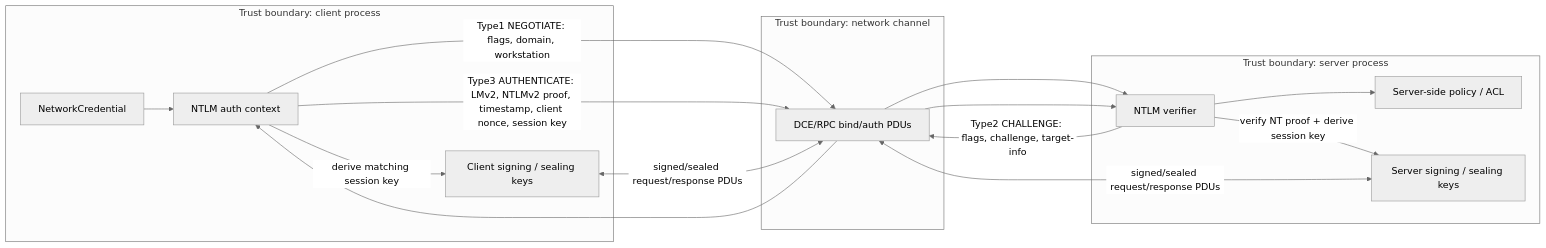
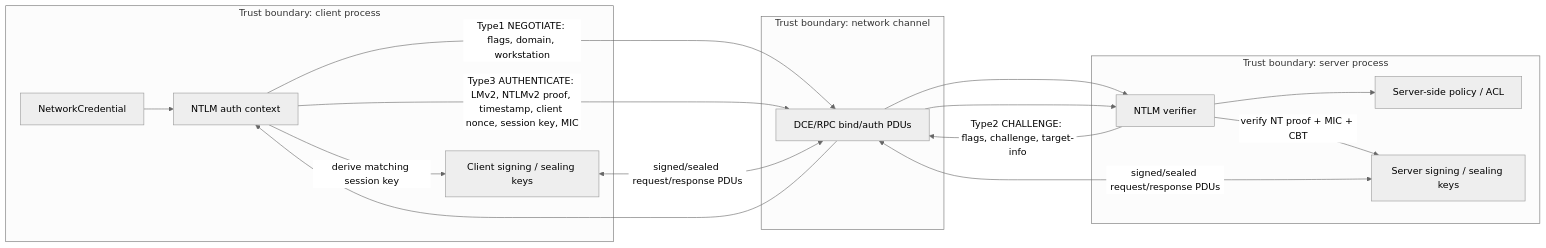
The third of 4 diagrams in docs/security/THREAT_MODEL.md (marcschier/opc-classic), drawn with Mermaid (neutral theme) before and after one commit. The commit also changed other lines of this file and 9 other files, not shown here.

````diff
--- a/docs/security/THREAT_MODEL.md
+++ b/docs/security/THREAT_MODEL.md
@@ -115,28 +116,28 @@
 ```mermaid
 flowchart LR
     subgraph ClientBoundary[Trust boundary: client process]
         CAuth[NTLM auth context]
         CCred[NetworkCredential]
         CSession[Client signing / sealing keys]
     end
 
     subgraph NetworkBoundary[Trust boundary: network channel]
         PDU[DCE/RPC bind/auth PDUs]
     end
 
     subgraph ServerBoundary[Trust boundary: server process]
         SAuth[NTLM verifier]
         SPolicy[Server-side policy / ACL]
         SSession[Server signing / sealing keys]
     end
 
     CCred --> CAuth
     CAuth -- Type1 NEGOTIATE: flags, domain, workstation --> PDU --> SAuth
     SAuth -- Type2 CHALLENGE: flags, challenge, target-info --> PDU --> CAuth
-    CAuth -- Type3 AUTHENTICATE: LMv2, NTLMv2 proof, timestamp, client nonce, session key --> PDU --> SAuth
-    SAuth -- verify NT proof + derive session key --> SSession
+    CAuth -- Type3 AUTHENTICATE: LMv2, NTLMv2 proof, timestamp, client nonce, session key, MIC --> PDU --> SAuth
+    SAuth -- verify NT proof + MIC + CBT --> SSession
     CAuth -- derive matching session key --> CSession
     SAuth --> SPolicy
     CSession <-->|signed/sealed request/response PDUs| PDU
     PDU <-->|signed/sealed request/response PDUs| SSession
 ```
````
